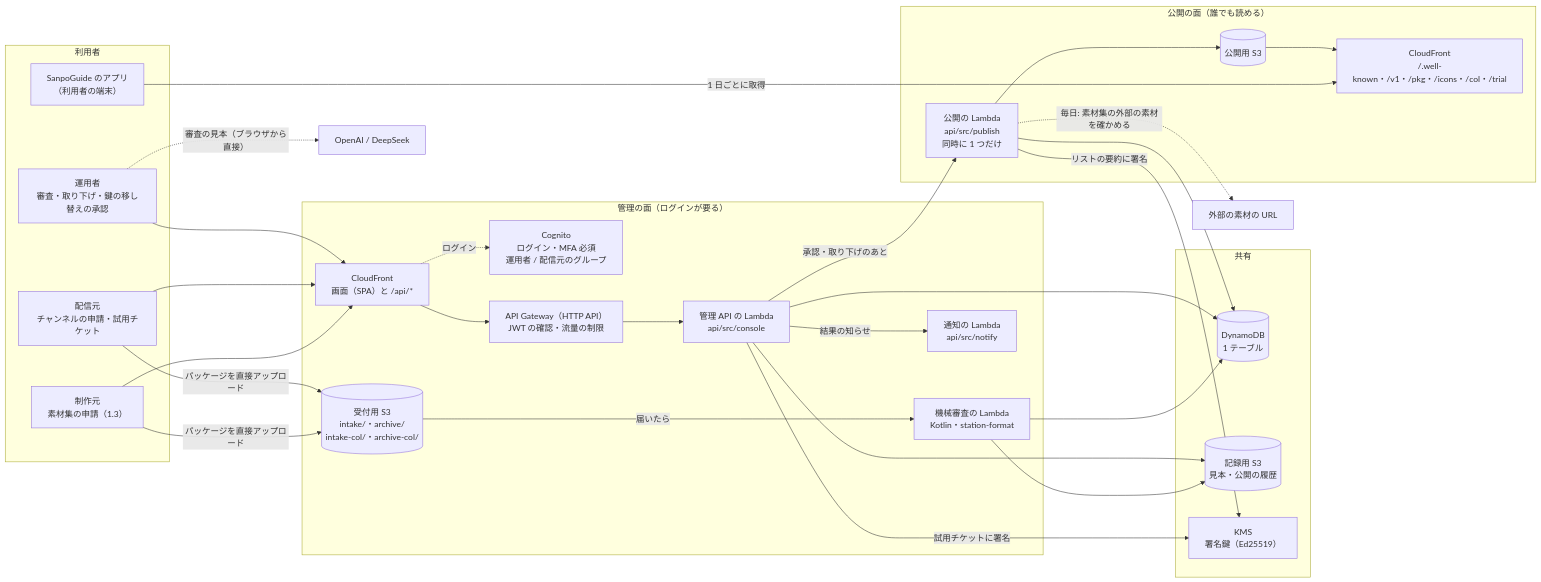
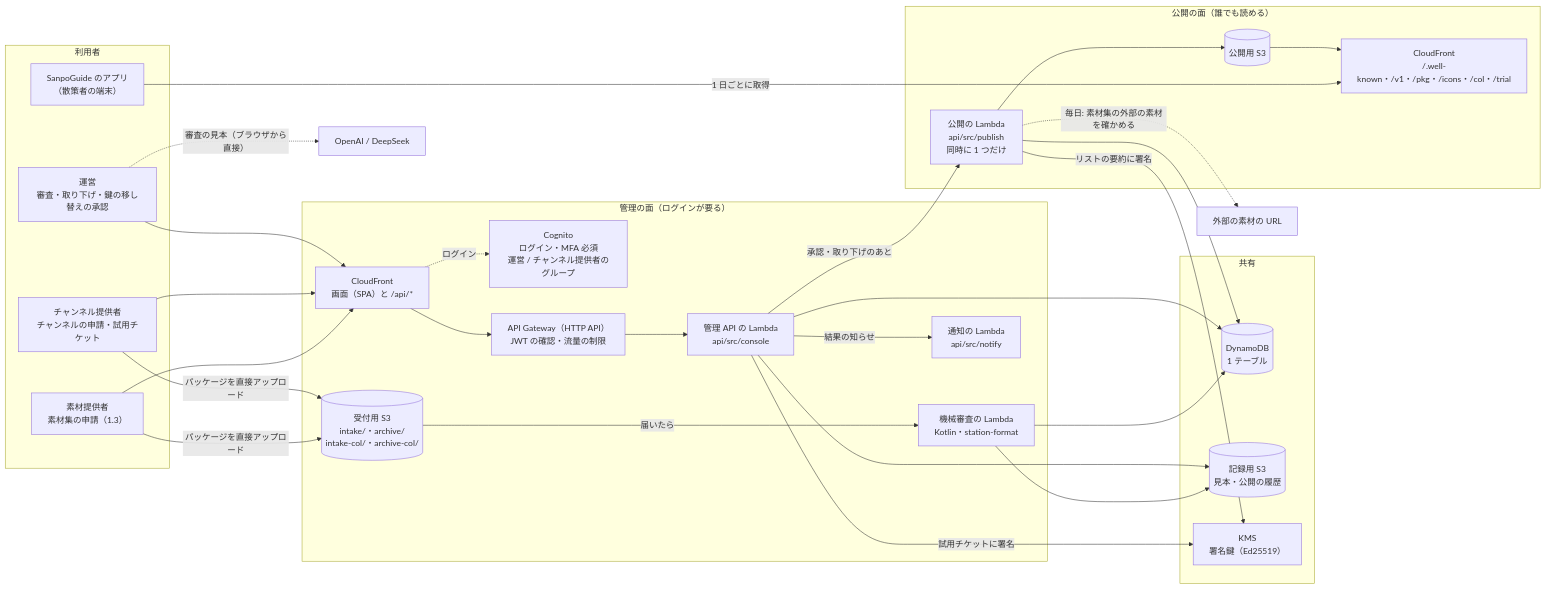
Before and after one commit to duwenji/michizure-console: the first of 7 diagrams in docs/architecture.md, drawn with Mermaid. The commit also changed other lines of this file and 42 other files, not shown here.

First line of the commit message:
docs: 関係者の呼び方を「散策者・チャンネル提供者・素材提供者・運営」にそろえる

````diff
--- a/docs/architecture.md
+++ b/docs/architecture.md
@@ -17,49 +17,49 @@
 ```mermaid
 flowchart LR
   subgraph USERS["利用者"]
-    OP["運用者<br/>審査・取り下げ・鍵の移し替えの承認"]
-    PUB["配信元<br/>チャンネルの申請・試用チケット"]
-    PROD["制作元<br/>素材集の申請（1.3）"]
-    APPUSER["SanpoGuide のアプリ<br/>（利用者の端末）"]
+    OP["運営<br/>審査・取り下げ・鍵の移し替えの承認"]
+    PUB["チャンネル提供者<br/>チャンネルの申請・試用チケット"]
+    PROD["素材提供者<br/>素材集の申請（1.3）"]
+    APPUSER["SanpoGuide のアプリ<br/>（散策者の端末）"]
   end
 
   subgraph CONSOLE["管理の面（ログインが要る）"]
     CF1["CloudFront<br/>画面（SPA）と /api/*"]
-    COG["Cognito<br/>ログイン・MFA 必須<br/>運用者 / 配信元のグループ"]
+    COG["Cognito<br/>ログイン・MFA 必須<br/>運営 / チャンネル提供者のグループ"]
     APIGW["API Gateway（HTTP API）<br/>JWT の確認・流量の制限"]
     API["管理 API の Lambda<br/>api/src/console"]
     INTAKE[("受付用 S3<br/>intake/・archive/<br/>intake-col/・archive-col/")]
     MR["機械審査の Lambda<br/>Kotlin・station-format"]
     NOTIFY["通知の Lambda<br/>api/src/notify"]
   end
 
   subgraph CORE["共有"]
     DDB[("DynamoDB<br/>1 テーブル")]
     REC[("記録用 S3<br/>見本・公開の履歴")]
     KMS["KMS<br/>署名鍵（Ed25519）"]
   end
 
   subgraph PUBLIC["公開の面（誰でも読める）"]
     PUBFN["公開の Lambda<br/>api/src/publish<br/>同時に 1 つだけ"]
     PS3[("公開用 S3")]
     CF2["CloudFront<br/>/.well-known・/v1・/pkg・/icons・/col・/trial"]
   end
 
   OP & PUB & PROD --> CF1
   CF1 -.->|ログイン| COG
   CF1 --> APIGW --> API
   PUB & PROD -->|パッケージを直接アップロード| INTAKE
   INTAKE -->|届いたら| MR
   API & MR --> DDB
   API --> REC
   MR --> REC
   API -->|承認・取り下げのあと| PUBFN
   API -->|試用チケットに署名| KMS
   API -->|結果の知らせ| NOTIFY
   PUBFN --> DDB
   PUBFN -->|リストの要約に署名| KMS
   PUBFN --> PS3 --> CF2
   PUBFN -. 毎日: 素材集の外部の素材を確かめる .-> EXT["外部の素材の URL"]
   APPUSER -->|1 日ごとに取得| CF2
   OP -. 審査の見本（ブラウザから直接） .-> AI["OpenAI / DeepSeek"]
 ```
````
